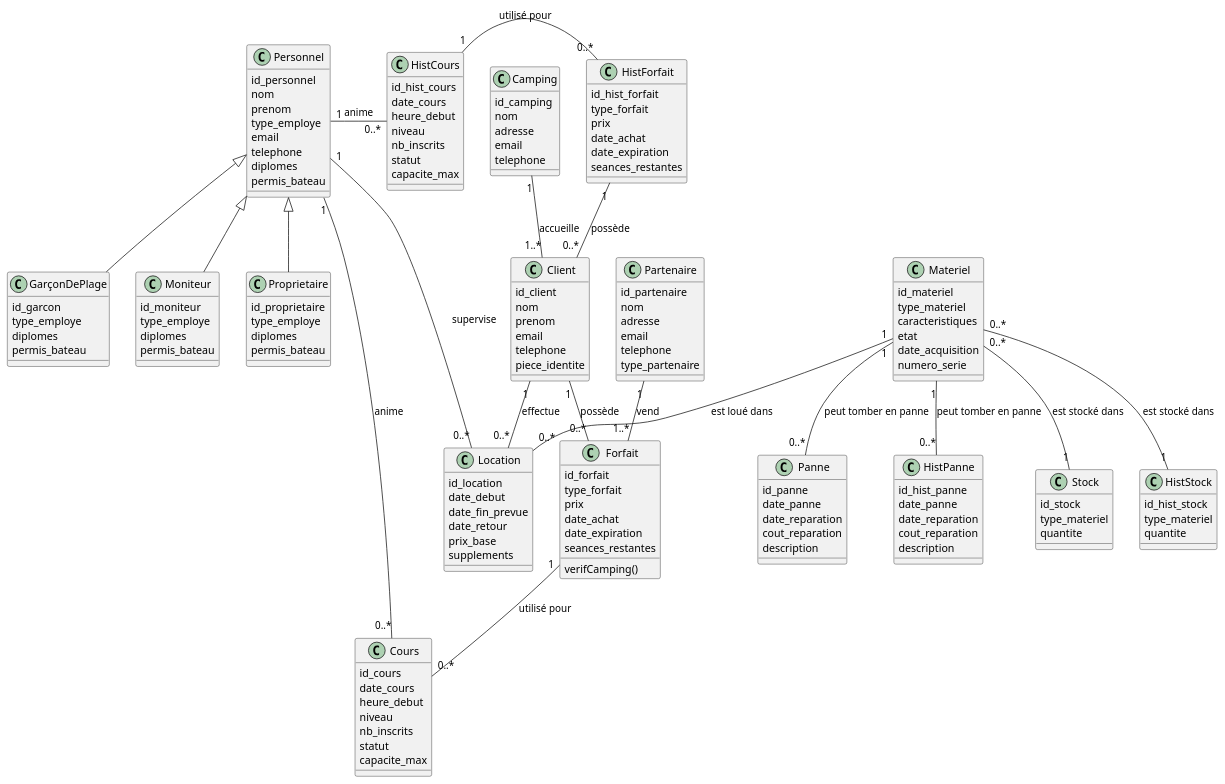
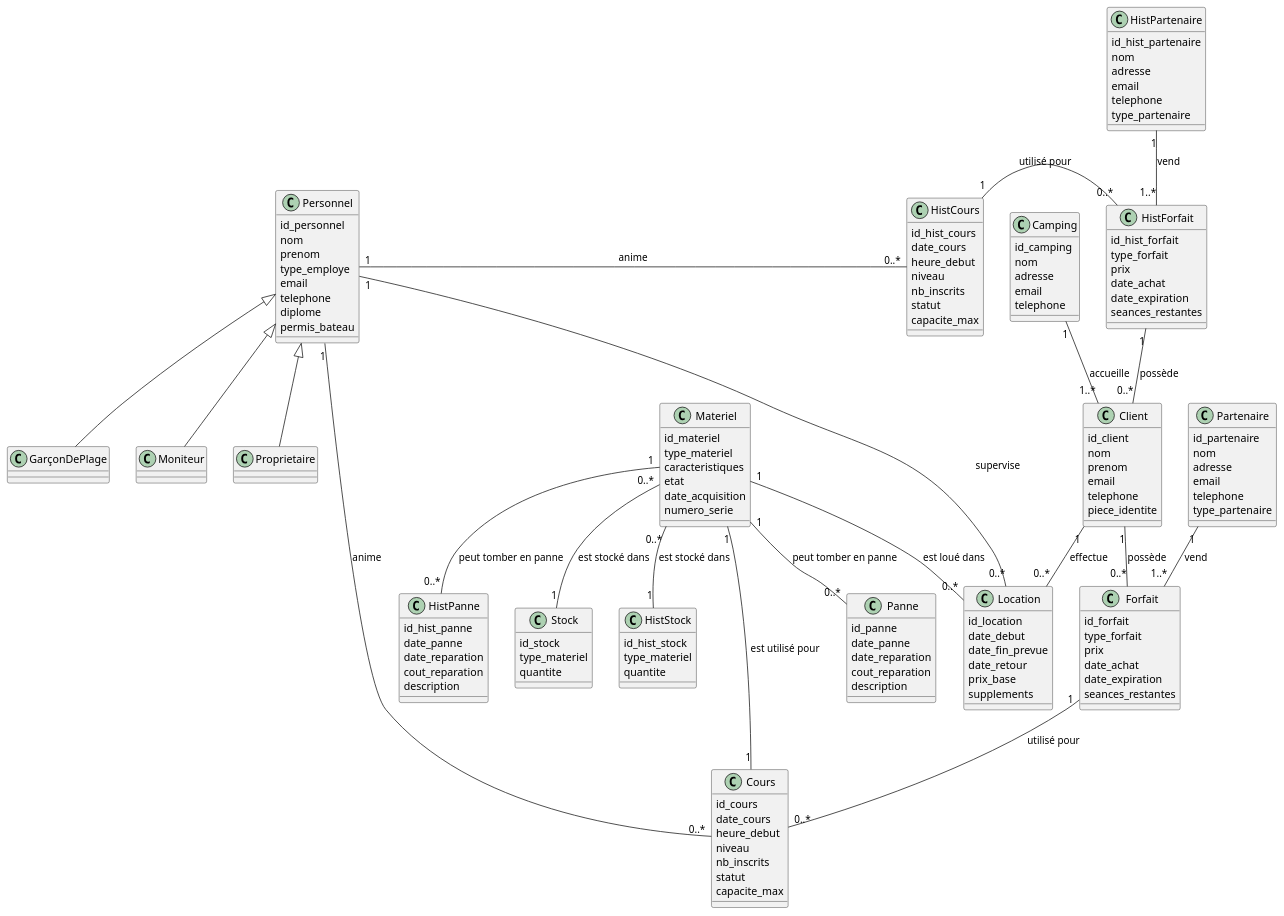
The diagram in docs/1-analysis/generalDesignClassDiagram.puml (Hugo-COLLIN/MIAGE_CSI_NauticalClub), drawn with PlantUML before and after one commit.

Commit message:
docs: changes after meeting

```diff
--- a/docs/1-analysis/generalDesignClassDiagram.puml
+++ b/docs/1-analysis/generalDesignClassDiagram.puml
@@ -1,161 +1,159 @@
 @startuml
     class Personnel {
         id_personnel
         nom
         prenom
         type_employe
         email
         telephone
-        diplomes
+        diplome
         permis_bateau
     }
 
     class GarçonDePlage extends Personnel {
-        id_garcon
-        type_employe
-        diplomes
-        permis_bateau
     }
 
     class Moniteur extends Personnel {
-        id_moniteur
-        type_employe
-        diplomes
-        permis_bateau
     }
 
     class Proprietaire extends Personnel {
-        id_proprietaire
-        type_employe
-        diplomes
-        permis_bateau
     }
 
     class Client {
         id_client
         nom
         prenom
         email
         telephone
         piece_identite
     }
 
     class Materiel {
         id_materiel
         type_materiel
         caracteristiques
         etat
         date_acquisition
         numero_serie
     }
 
     class Forfait {
         id_forfait
         type_forfait
         prix
         date_achat
         date_expiration
         seances_restantes
-        verifCamping()
     }
 
     class Partenaire {
         id_partenaire
+        nom
+        adresse
+        email
+        telephone
+        type_partenaire
+    }
+
+    class HistPartenaire {
+        id_hist_partenaire
         nom
         adresse
         email
         telephone
         type_partenaire
     }
 
     class Camping {
         id_camping
         nom
         adresse
         email
         telephone
     }
 
     class HistForfait {
         id_hist_forfait
         type_forfait
         prix
         date_achat
         date_expiration
         seances_restantes
     }
 
     class Cours {
         id_cours
         date_cours
         heure_debut
         niveau
         nb_inscrits
         statut
         capacite_max
     }
 
     class HistCours {
         id_hist_cours
         date_cours
         heure_debut
         niveau
         nb_inscrits
         statut
         capacite_max
     }
 
     class Location {
         id_location
         date_debut
         date_fin_prevue
         date_retour
         prix_base
         supplements
     }
 
     class Panne {
         id_panne
         date_panne
         date_reparation
         cout_reparation
         description
     }
 
     class HistPanne {
         id_hist_panne
         date_panne
         date_reparation
         cout_reparation
         description
     }
 
     class Stock {
         id_stock
         type_materiel
         quantite
     }
 
     class HistStock {
         id_hist_stock
         type_materiel
         quantite
     }
 
     Client "1" -- "0..*" Forfait: possède
     Client "1" -- "0..*" Location: effectue
     Personnel "1" -- "0..*" Cours: anime
     Materiel "1" -- "0..*" Location: est loué dans
     Forfait "1" -- "0..*" Cours: utilisé pour
     Personnel "1" -- "0..*" Location: supervise
     Materiel "1" -- "0..*" Panne: peut tomber en panne
     Materiel "1" -- "0..*" HistPanne: peut tomber en panne
     Materiel "0..*" -- "1" Stock: est stocké dans
     Materiel "0..*" -- "1" HistStock: est stocké dans
     HistCours "1" - "0..*" HistForfait: utilisé pour
     Personnel "1" - "0..*" HistCours : anime
     HistForfait "1" -- "0..*" Client: possède
     Partenaire "1" -- "1..*" Forfait: vend
+    HistPartenaire "1" -- "1..*" HistForfait: vend
     Camping "1" -- "1..*" Client: accueille
+    Materiel "1" - "1" Cours: est utilisé pour
 
 @enduml
```
